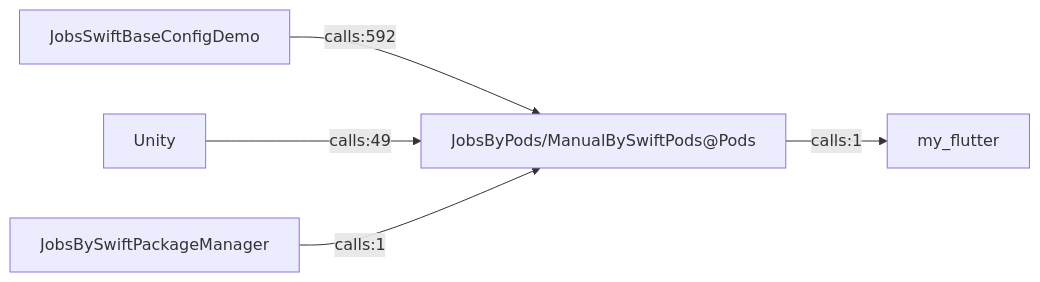
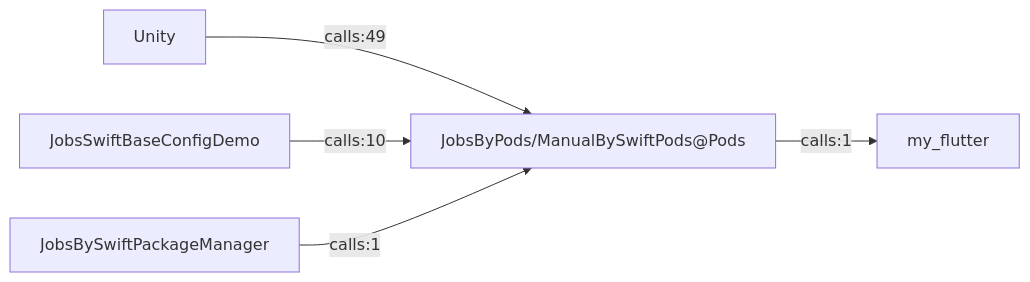
The diagram in .codegraph/codegraph.md/graphs/模块关联-Top.md (JobsKits/JobsSwiftBaseConfigDemo), drawn with Mermaid before and after one commit. The commit also changed 341 other files, not shown here.

````diff
--- a/.codegraph/codegraph.md/graphs/模块关联-Top.md
+++ b/.codegraph/codegraph.md/graphs/模块关联-Top.md
@@ -13,12 +13,12 @@
 ```mermaid
 flowchart LR
-  M1["JobsSwiftBaseConfigDemo"]
+  M1["Unity"]
   M2["JobsByPods/ManualBySwiftPods@Pods"]
-  M3["Unity"]
+  M3["JobsSwiftBaseConfigDemo"]
   M4["my_flutter"]
   M5["JobsBySwiftPackageManager"]
-  M1 -->|calls:592| M2
-  M3 -->|calls:49| M2
+  M1 -->|calls:49| M2
+  M3 -->|calls:10| M2
   M2 -->|calls:1| M4
   M5 -->|calls:1| M2
 ```
````
